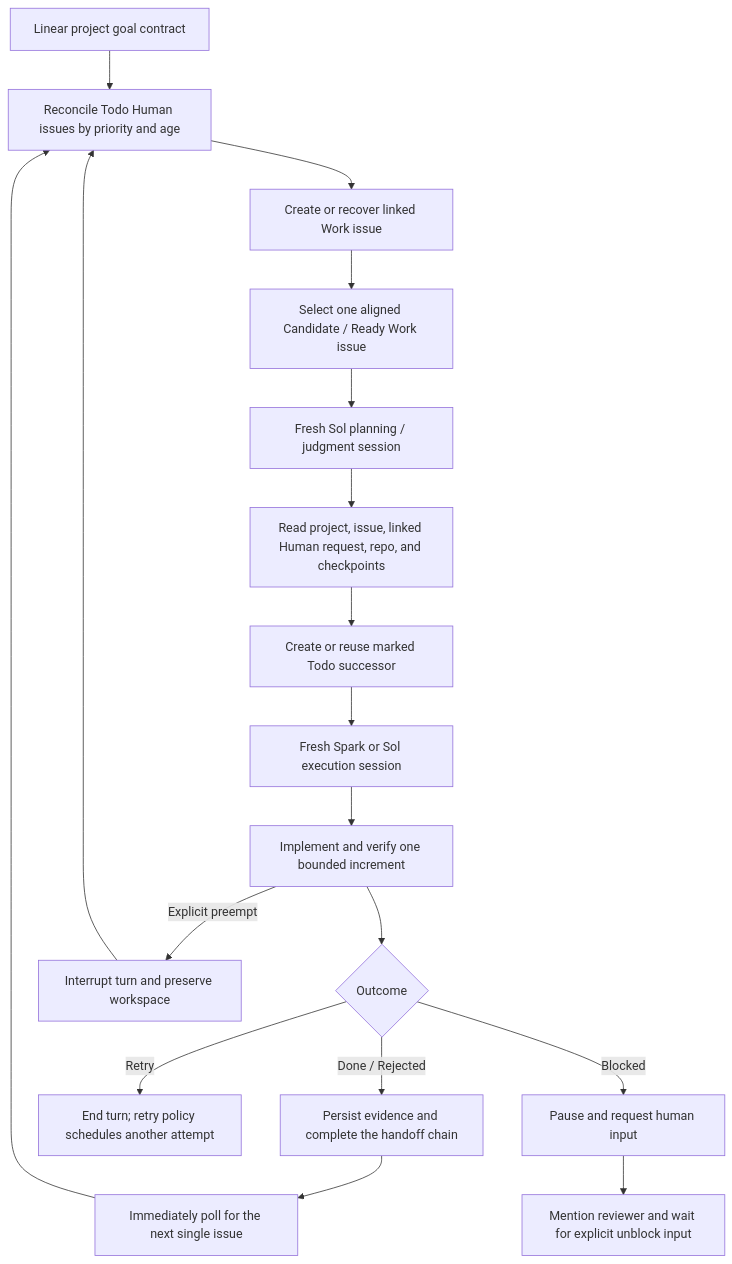
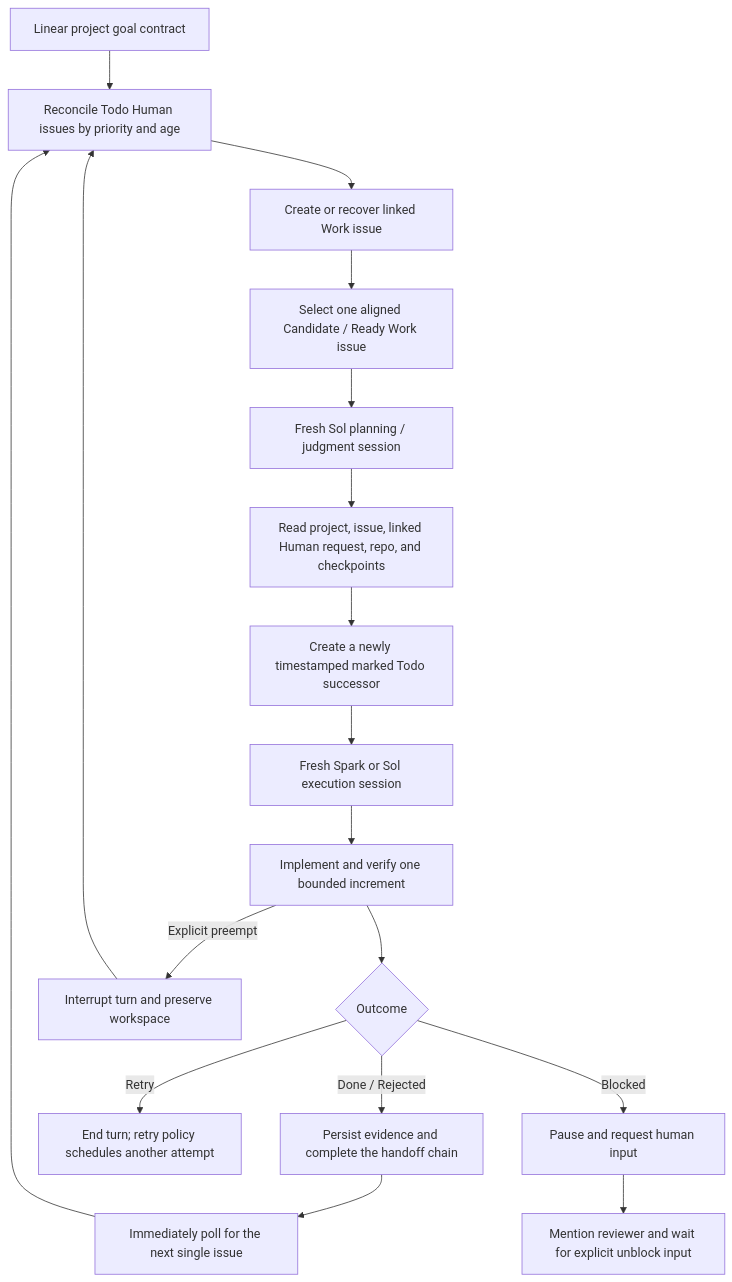
The diagram in README.md (djm07073/loophony), drawn with Mermaid before and after one commit. The commit also changed other lines of this file and 10 other files, not shown here.

````diff
--- a/README.md
+++ b/README.md
@@ -316,20 +317,20 @@
 ```mermaid
 flowchart TD
     A["Linear project goal contract"] --> B["Reconcile Todo Human issues by priority and age"]
     B --> C["Create or recover linked Work issue"]
     C --> D["Select one aligned Candidate / Ready Work issue"]
     D --> E["Fresh Sol planning / judgment session"]
     E --> F["Read project, issue, linked Human request, repo, and checkpoints"]
-    F --> G["Create or reuse marked Todo successor"]
+    F --> G["Create a newly timestamped marked Todo successor"]
     G --> H["Fresh Spark or Sol execution session"]
     H --> I["Implement and verify one bounded increment"]
     I --> J{"Outcome"}
     J -->|"Done / Rejected"| K["Persist evidence and complete the handoff chain"]
     J -->|"Retry"| L["End turn; retry policy schedules another attempt"]
     J -->|"Blocked"| M["Pause and request human input"]
     I -->|"Explicit preempt"| N["Interrupt turn and preserve workspace"]
     K --> O["Immediately poll for the next single issue"]
     M --> P["Mention reviewer and wait for explicit unblock input"]
     N --> B
     O --> B
 ```
````
